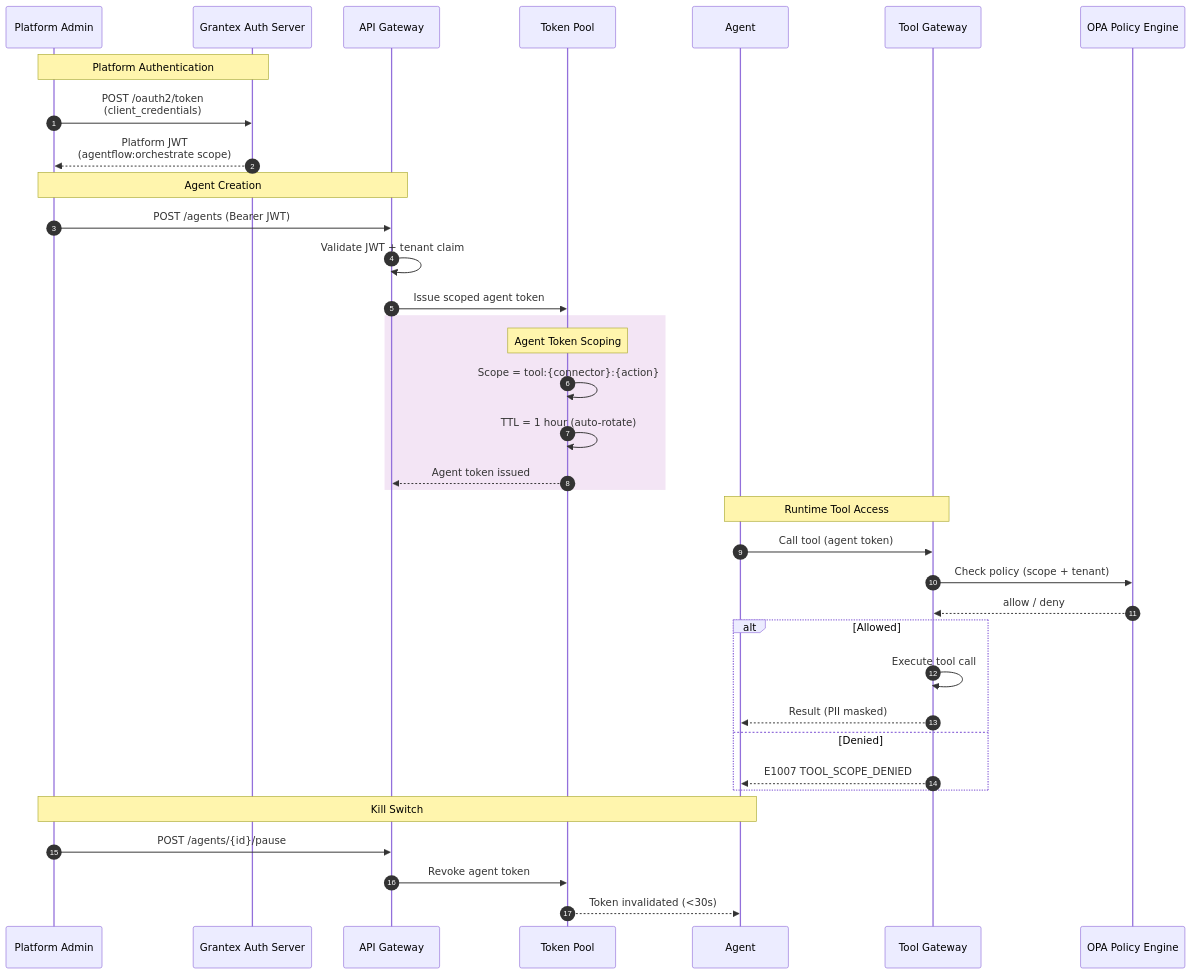
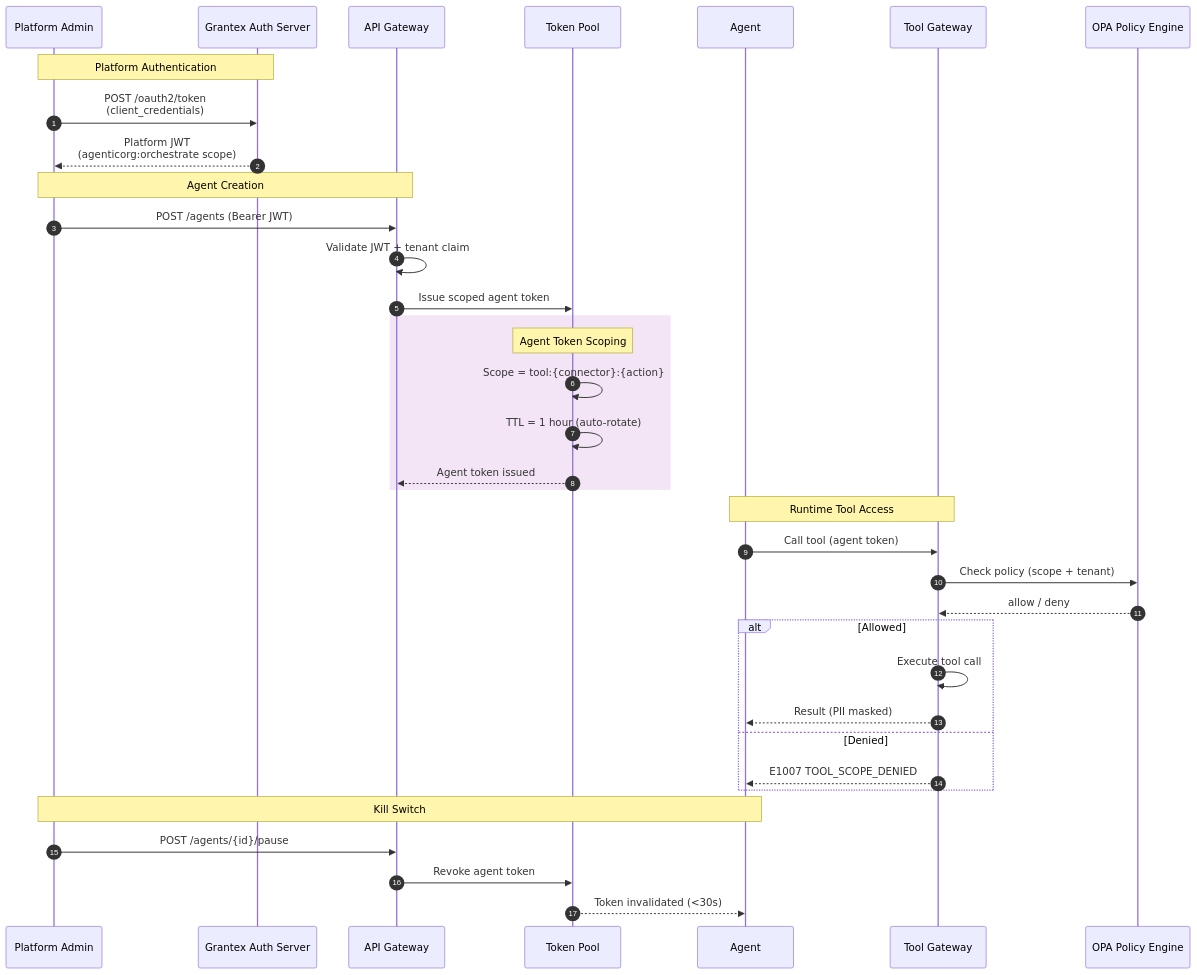
Before and after one commit to mishrasanjeev/agentic-org: the eighth of 10 diagrams in docs/architecture.md, drawn with Mermaid. The commit also changed other lines of this file and 72 other files, not shown here.

````diff
--- a/docs/architecture.md
+++ b/docs/architecture.md
@@ -457,44 +457,44 @@
 ```mermaid
 sequenceDiagram
     autonumber
     participant Platform as Platform Admin
     participant Grantex as Grantex Auth Server
     participant API as API Gateway
     participant TokenPool as Token Pool
     participant Agent as Agent
     participant TGW as Tool Gateway
     participant OPA as OPA Policy Engine
 
     Note over Platform,Grantex: Platform Authentication
     Platform->>Grantex: POST /oauth2/token<br/>(client_credentials)
-    Grantex-->>Platform: Platform JWT<br/>(agentflow:orchestrate scope)
+    Grantex-->>Platform: Platform JWT<br/>(agenticorg:orchestrate scope)
 
     Note over Platform,API: Agent Creation
     Platform->>API: POST /agents (Bearer JWT)
     API->>API: Validate JWT + tenant claim
     API->>TokenPool: Issue scoped agent token
 
     rect rgb(243, 229, 245)
         Note over TokenPool: Agent Token Scoping
         TokenPool->>TokenPool: Scope = tool:{connector}:{action}
         TokenPool->>TokenPool: TTL = 1 hour (auto-rotate)
         TokenPool-->>API: Agent token issued
     end
 
     Note over Agent,TGW: Runtime Tool Access
     Agent->>TGW: Call tool (agent token)
     TGW->>OPA: Check policy (scope + tenant)
     OPA-->>TGW: allow / deny
 
     alt Allowed
         TGW->>TGW: Execute tool call
         TGW-->>Agent: Result (PII masked)
     else Denied
         TGW-->>Agent: E1007 TOOL_SCOPE_DENIED
     end
 
     Note over Platform,Agent: Kill Switch
     Platform->>API: POST /agents/{id}/pause
     API->>TokenPool: Revoke agent token
     TokenPool-->>Agent: Token invalidated (<30s)
 ```
````
